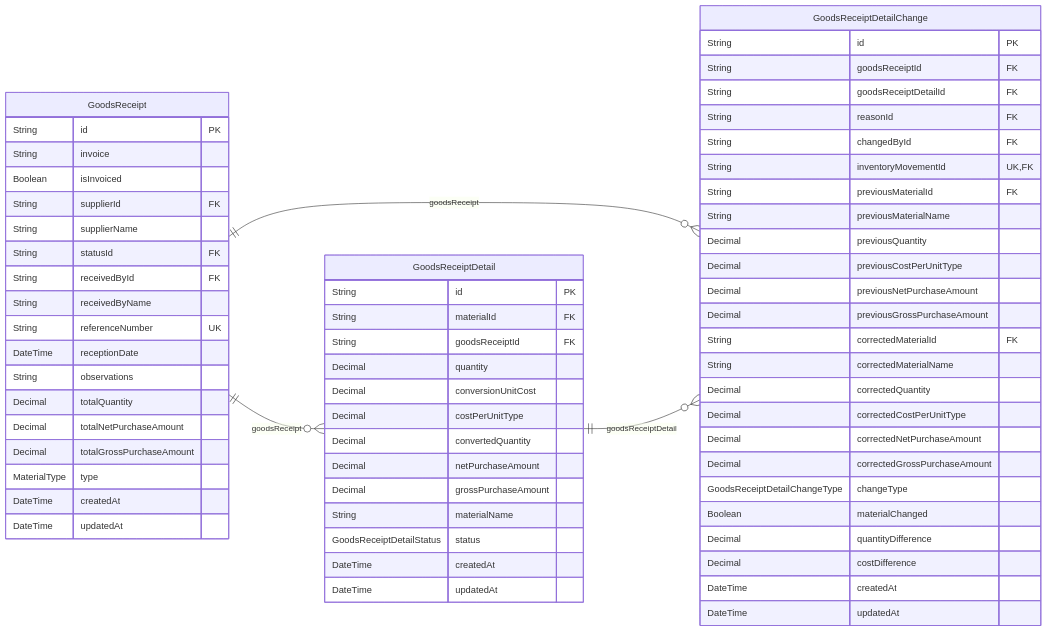
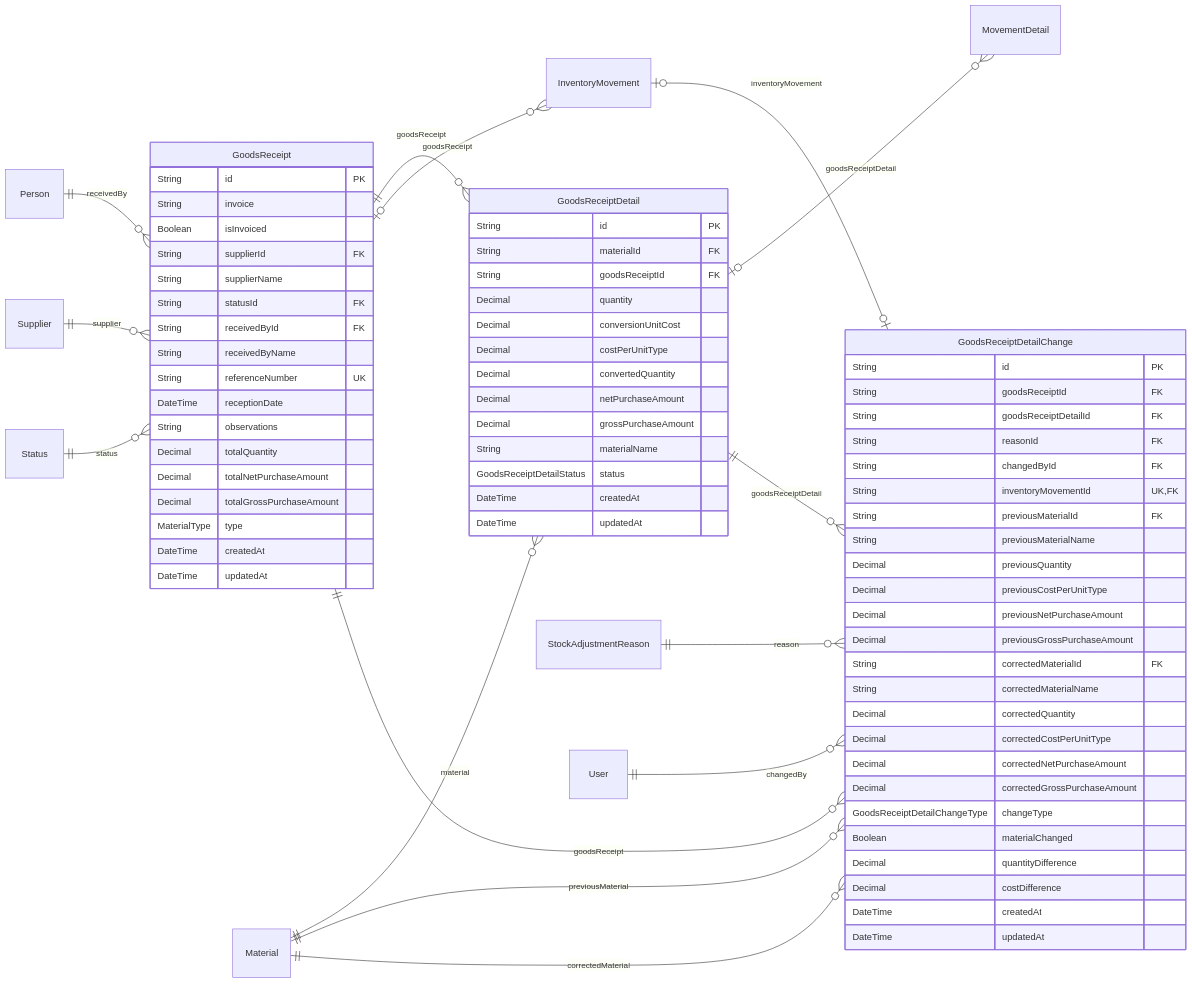
Before and after one commit to gpgsistemas01/nexus: the eighth of 26 diagrams in docs/architecture/views/logical/data-and-persistence/generated/database-schema.md, drawn with Mermaid. The commit also changed other lines of this file and 3 other files, not shown here.

Commit message:
docs: corregir relaciones del ER y retirar capturas pendientes

````diff
--- a/docs/architecture/views/logical/data-and-persistence/generated/database-schema.md
+++ b/docs/architecture/views/logical/data-and-persistence/generated/database-schema.md
@@ -194,67 +263,78 @@
 ```mermaid
 erDiagram
     direction LR
     GoodsReceipt {
         String id PK
         String invoice
         Boolean isInvoiced
         String supplierId FK
         String supplierName
         String statusId FK
         String receivedById FK
         String receivedByName
         String referenceNumber UK
         DateTime receptionDate
         String observations
         Decimal totalQuantity
         Decimal totalNetPurchaseAmount
         Decimal totalGrossPurchaseAmount
         MaterialType type
         DateTime createdAt
         DateTime updatedAt
     }
     GoodsReceiptDetail {
         String id PK
         String materialId FK
         String goodsReceiptId FK
         Decimal quantity
         Decimal conversionUnitCost
         Decimal costPerUnitType
         Decimal convertedQuantity
         Decimal netPurchaseAmount
         Decimal grossPurchaseAmount
         String materialName
         GoodsReceiptDetailStatus status
         DateTime createdAt
         DateTime updatedAt
     }
     GoodsReceiptDetailChange {
         String id PK
         String goodsReceiptId FK
         String goodsReceiptDetailId FK
         String reasonId FK
         String changedById FK
         String inventoryMovementId UK,FK
         String previousMaterialId FK
         String previousMaterialName
         Decimal previousQuantity
         Decimal previousCostPerUnitType
         Decimal previousNetPurchaseAmount
         Decimal previousGrossPurchaseAmount
         String correctedMaterialId FK
         String correctedMaterialName
         Decimal correctedQuantity
         Decimal correctedCostPerUnitType
         Decimal correctedNetPurchaseAmount
         Decimal correctedGrossPurchaseAmount
         GoodsReceiptDetailChangeType changeType
         Boolean materialChanged
         Decimal quantityDifference
         Decimal costDifference
         DateTime createdAt
         DateTime updatedAt
     }
+    Person ||--o{ GoodsReceipt : "receivedBy"
+    Supplier ||--o{ GoodsReceipt : "supplier"
+    Status ||--o{ GoodsReceipt : "status"
     GoodsReceipt ||--o{ GoodsReceiptDetail : "goodsReceipt"
+    Material ||--o{ GoodsReceiptDetail : "material"
+    GoodsReceipt o|--o{ InventoryMovement : "goodsReceipt"
+    GoodsReceiptDetail o|--o{ MovementDetail : "goodsReceiptDetail"
     GoodsReceipt ||--o{ GoodsReceiptDetailChange : "goodsReceipt"
     GoodsReceiptDetail ||--o{ GoodsReceiptDetailChange : "goodsReceiptDetail"
+    StockAdjustmentReason ||--o{ GoodsReceiptDetailChange : "reason"
+    User ||--o{ GoodsReceiptDetailChange : "changedBy"
+    Material ||--o{ GoodsReceiptDetailChange : "previousMaterial"
+    Material ||--o{ GoodsReceiptDetailChange : "correctedMaterial"
+    InventoryMovement o|--o| GoodsReceiptDetailChange : "inventoryMovement"
 ```
````
